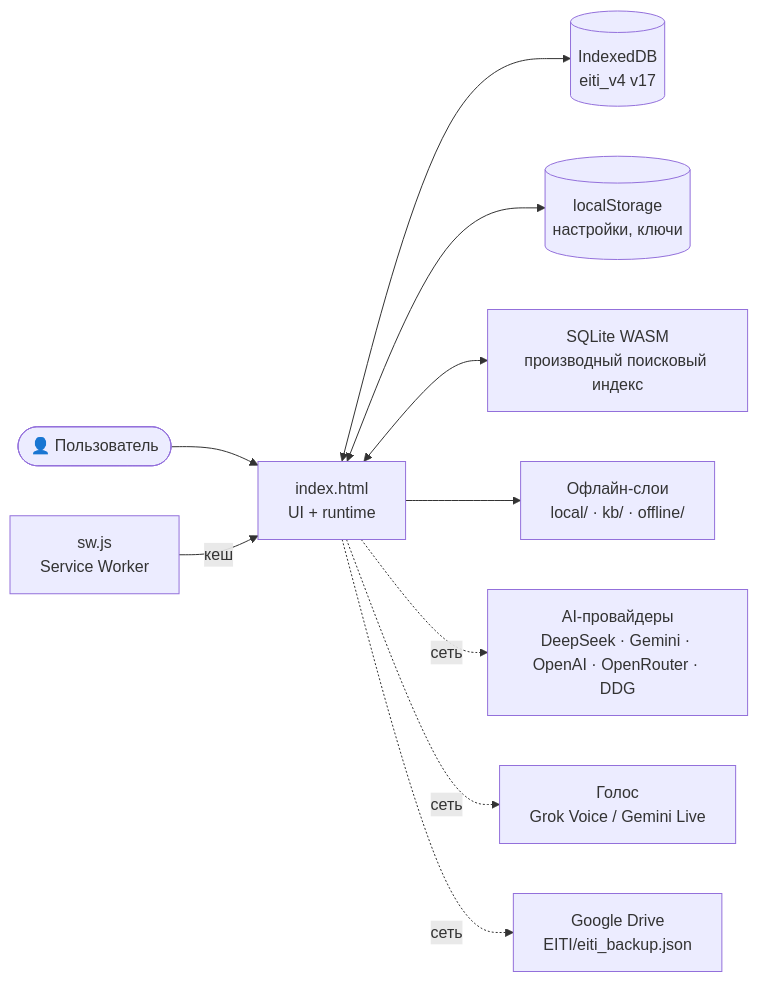
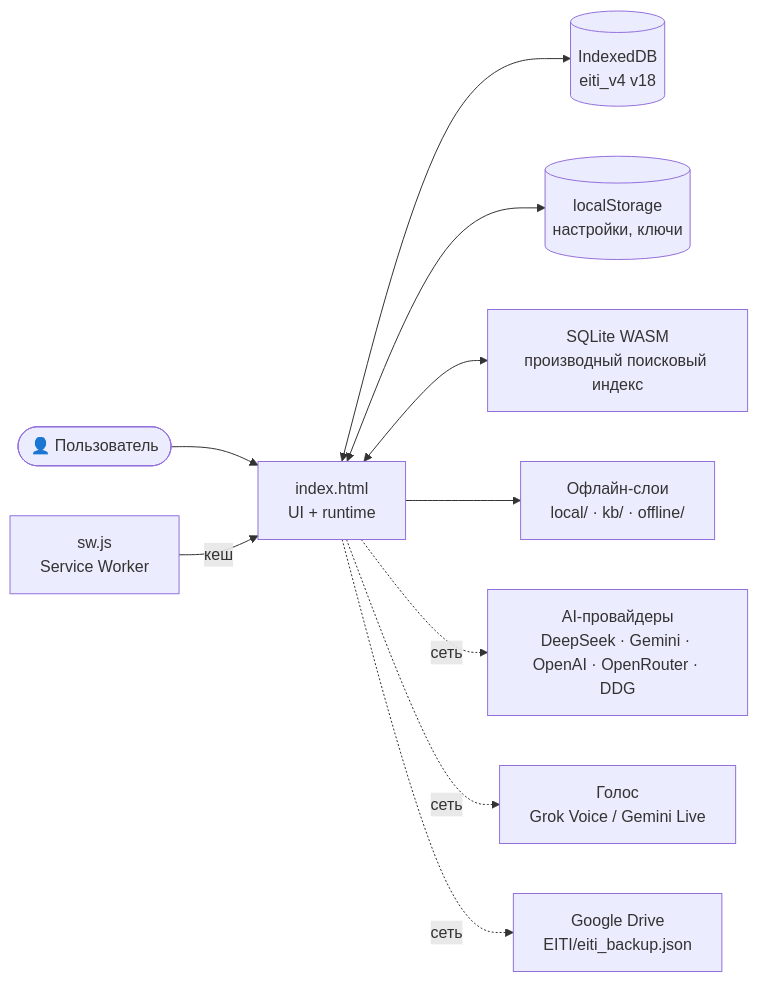
One commit to velantrian/Eiti-Test-Notes changed the first of 6 diagrams in docs/ARCHITECTURE.md. Above: the diagram before and after it, drawn with Mermaid. The commit also changed other lines of this file, not shown here.

Commit message:
docs(architecture): correct IDB v18 and L3 durability guarantees

````diff
--- a/docs/ARCHITECTURE.md
+++ b/docs/ARCHITECTURE.md
@@ -33,12 +33,12 @@
 ```mermaid
 flowchart LR
     U([👤 Пользователь]) --> UI["index.html<br/>UI + runtime"]
-    UI <--> IDB[("IndexedDB<br/>eiti_v4 v17")]
+    UI <--> IDB[("IndexedDB<br/>eiti_v4 v18")]
     UI <--> LS[("localStorage<br/>настройки, ключи")]
     UI <--> SQL["SQLite WASM<br/>производный поисковый индекс"]
     UI --> OFF["Офлайн-слои<br/>local/ · kb/ · offline/"]
     UI -. сеть .-> AI["AI-провайдеры<br/>DeepSeek · Gemini · OpenAI · OpenRouter · DDG"]
     UI -. сеть .-> VOICE["Голос<br/>Grok Voice / Gemini Live"]
     UI -. сеть .-> DRIVE["Google Drive<br/>EITI/eiti_backup.json"]
     SW["sw.js<br/>Service Worker"] -- кеш --> UI
 ```
````
